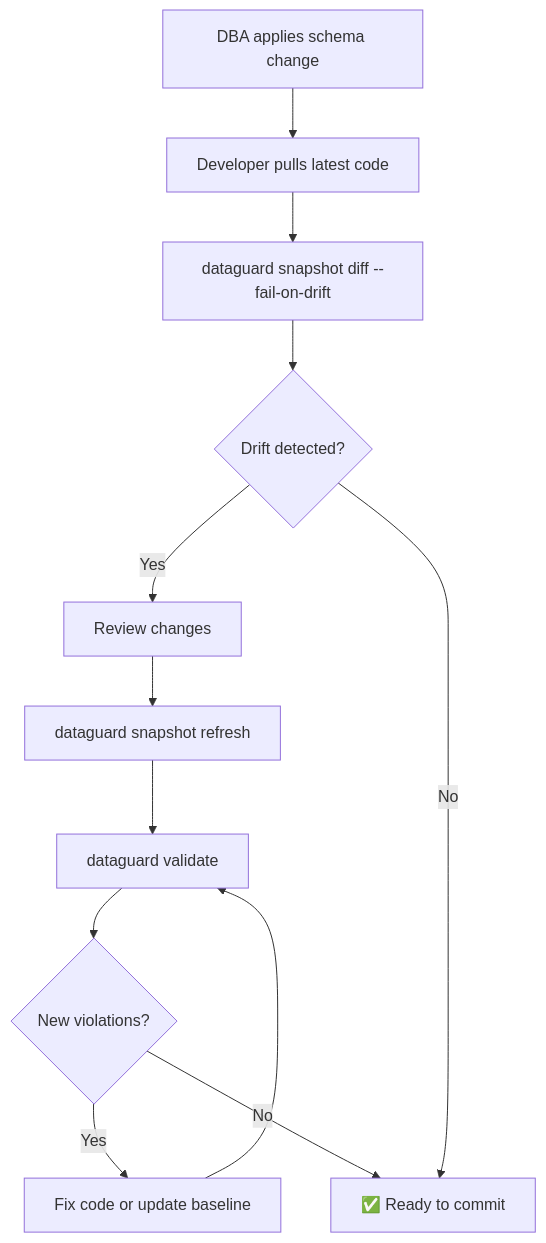
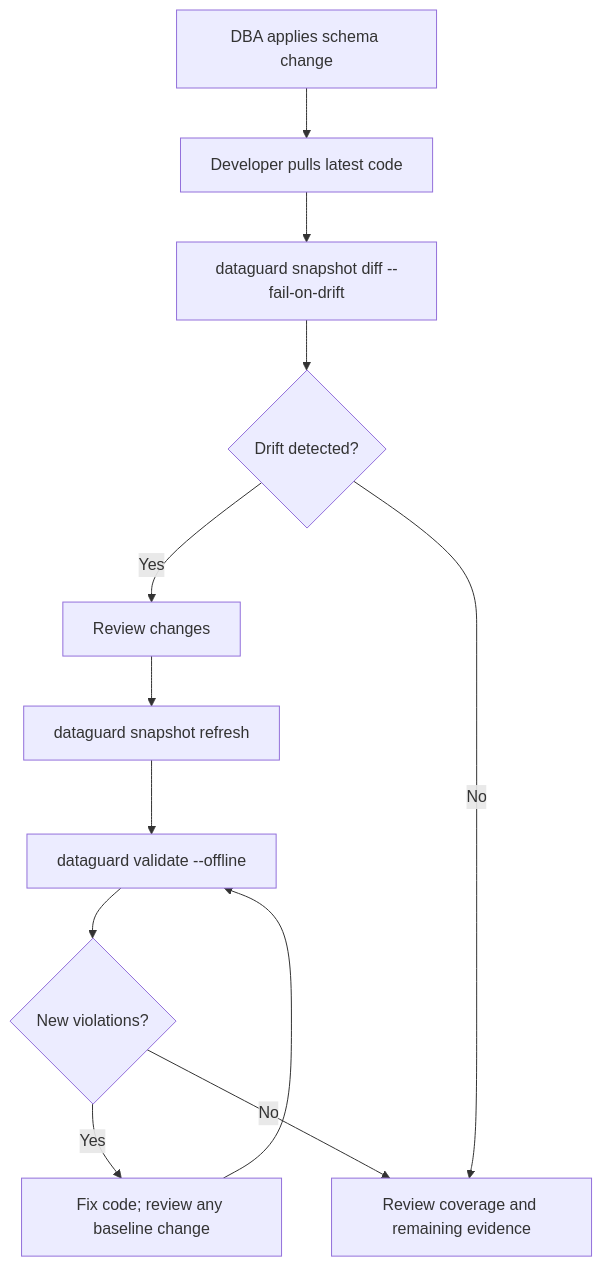
The diagram in docs/05-operations/playbook.md (thanhnt-sm/eco_support_net_oracle), drawn with Mermaid before and after one commit. The commit also changed other lines of this file and 98 other files, not shown here.

````diff
--- a/docs/05-operations/playbook.md
+++ b/docs/05-operations/playbook.md
@@ -17,14 +21,14 @@
 ```mermaid
 flowchart TD
     A["DBA applies schema change"] --> B["Developer pulls latest code"]
     B --> C["dataguard snapshot diff --fail-on-drift"]
     C --> D{"Drift detected?"}
     D -->|Yes| E["Review changes"]
     E --> F["dataguard snapshot refresh"]
-    F --> G["dataguard validate"]
+    F --> G["dataguard validate --offline"]
     G --> H{"New violations?"}
-    H -->|Yes| I["Fix code or update baseline"]
-    H -->|No| J["✅ Ready to commit"]
+    H -->|Yes| I["Fix code; review any baseline change"]
+    H -->|No| J["Review coverage and remaining evidence"]
     I --> G
     D -->|No| J
 ```
````
